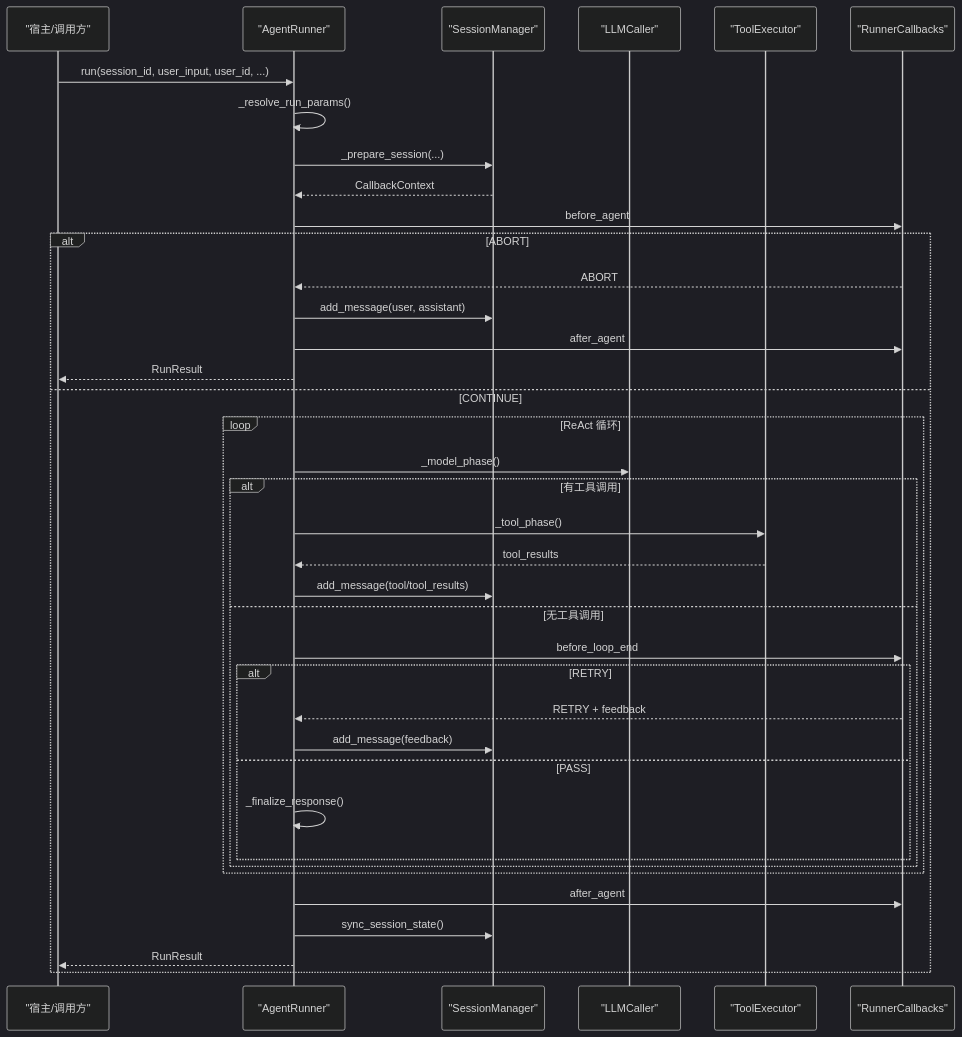
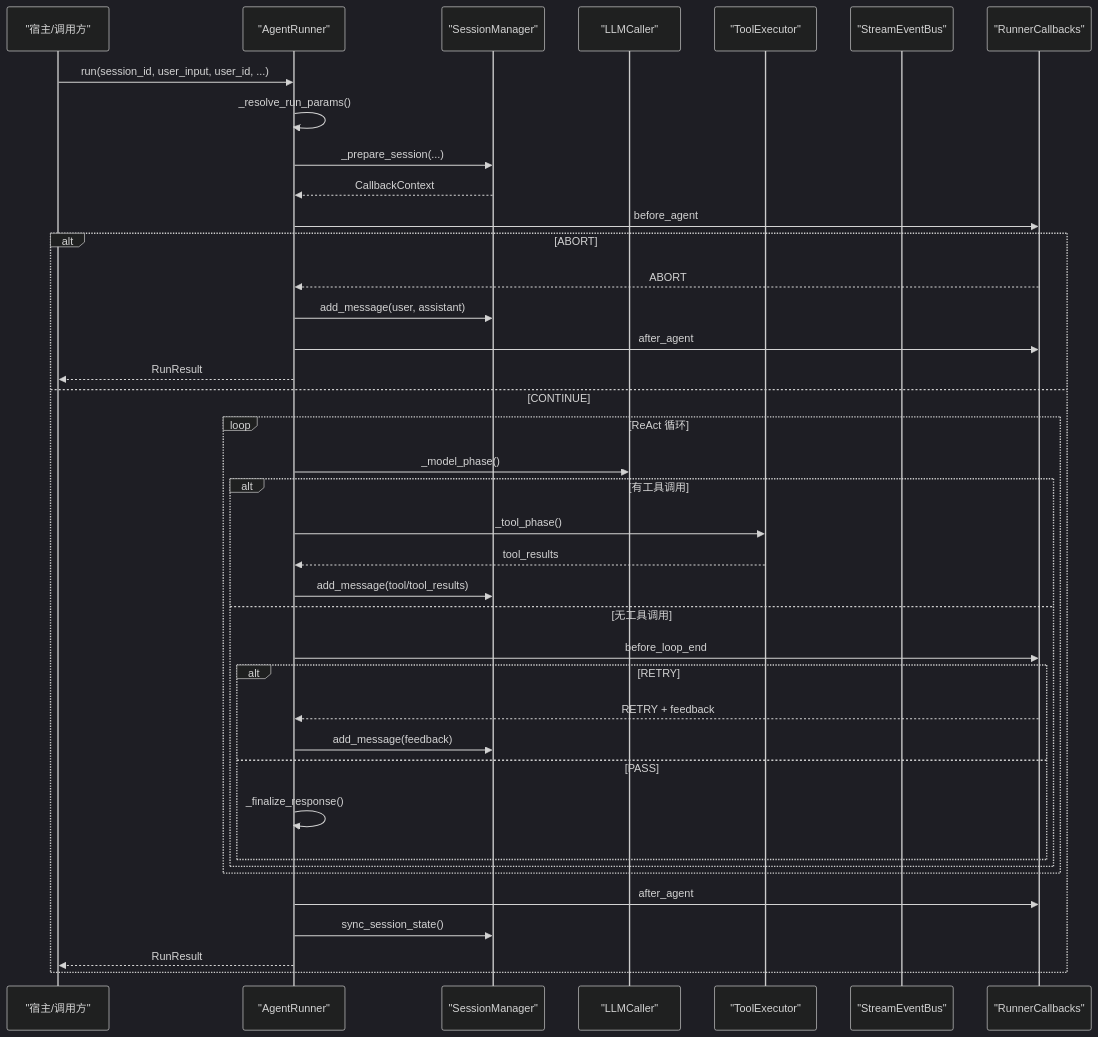
The second of 10 diagrams in repowiki/zh/content/核心框架/智能体执行系统/智能体执行系统.md (YU-JI-KUI/ark-agentic), drawn with Mermaid (dark theme) before and after one commit. The commit also changed other lines of this file and 12 other files, not shown here.

````diff
--- a/repowiki/zh/content/核心框架/智能体执行系统/智能体执行系统.md
+++ b/repowiki/zh/content/核心框架/智能体执行系统/智能体执行系统.md
@@ -121,40 +137,41 @@
 ```mermaid
 sequenceDiagram
 participant Host as "宿主/调用方"
 participant Runner as "AgentRunner"
 participant SM as "SessionManager"
 participant LLM as "LLMCaller"
 participant TE as "ToolExecutor"
+participant EB as "StreamEventBus"
 participant CB as "RunnerCallbacks"
 Host->>Runner : run(session_id, user_input, user_id, ...)
 Runner->>Runner : _resolve_run_params()
 Runner->>SM : _prepare_session(...)
 SM-->>Runner : CallbackContext
 Runner->>CB : before_agent
 alt ABORT
 CB-->>Runner : ABORT
 Runner->>SM : add_message(user, assistant)
 Runner->>CB : after_agent
 Runner-->>Host : RunResult
 else CONTINUE
 loop ReAct 循环
 Runner->>LLM : _model_phase()
 alt 有工具调用
 Runner->>TE : _tool_phase()
 TE-->>Runner : tool_results
 Runner->>SM : add_message(tool/tool_results)
 else 无工具调用
 Runner->>CB : before_loop_end
 alt RETRY
 CB-->>Runner : RETRY + feedback
 Runner->>SM : add_message(feedback)
 else PASS
 Runner->>Runner : _finalize_response()
 end
 end
 end
 Runner->>CB : after_agent
 Runner->>SM : sync_session_state()
 Runner-->>Host : RunResult
 end
 ```
````
